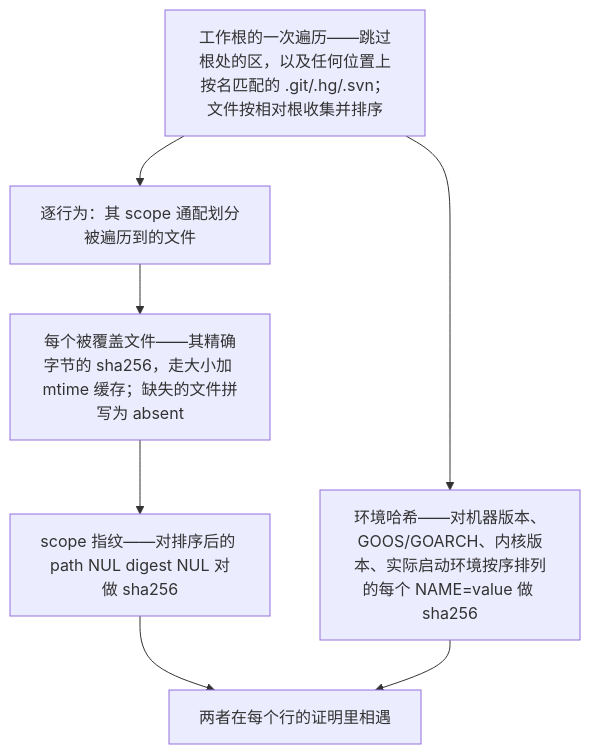
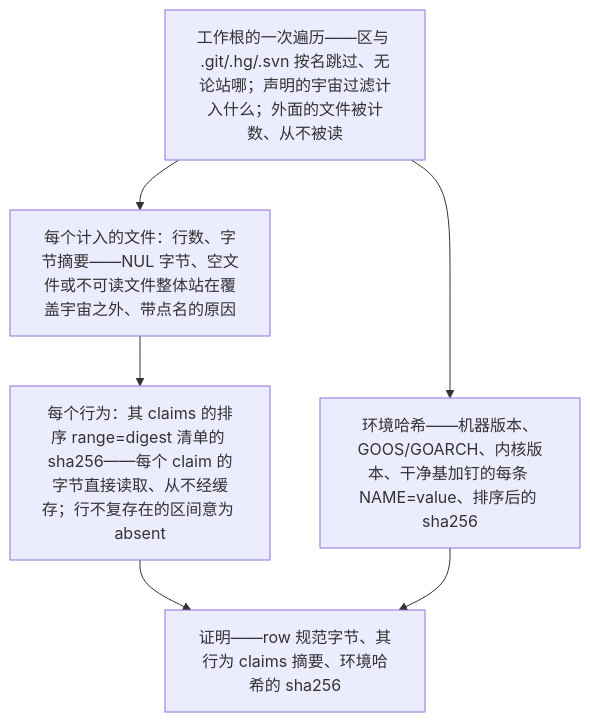
Before and after one commit to neurophant/punchtape: the fifth of 9 diagrams in docs/ARCHITECTURE.zh.md, drawn with Mermaid. The commit also changed other lines of this file and 80 other files, not shown here.

````diff
--- a/docs/ARCHITECTURE.zh.md
+++ b/docs/ARCHITECTURE.zh.md
@@ -248,9 +449,8 @@
 ```mermaid
 flowchart TD
-    W["工作根的一次遍历——跳过根处的区，以及任何位置上按名匹配的 .git/.hg/.svn；文件按相对根收集并排序"] --> SC["逐行为：其 scope 通配划分被遍历到的文件"]
-    SC --> FD["每个被覆盖文件——其精确字节的 sha256，走大小加 mtime 缓存；缺失的文件拼写为 absent"]
-    FD --> SF["scope 指纹——对排序后的 path NUL digest NUL 对做 sha256"]
-    W --> EH["环境哈希——对机器版本、GOOS/GOARCH、内核版本、实际启动环境按序排列的每个 NAME=value 做 sha256"]
-    SF --> PR["两者在每个行的证明里相遇"]
+    W["工作根的一次遍历——区与 .git/.hg/.svn 按名跳过、无论站哪；声明的宇宙过滤计入什么；外面的文件被计数、从不被读"] --> LC["每个计入的文件：行数、字节摘要——NUL 字节、空文件或不可读文件整体站在覆盖宇宙之外、带点名的原因"]
+    LC --> CD["每个行为：其 claims 的排序 range=digest 清单的 sha256——每个 claim 的字节直接读取、从不经缓存；行不复存在的区间意为 absent"]
+    W --> EH["环境哈希——机器版本、GOOS/GOARCH、内核版本、干净基加钉的每条 NAME=value、排序后的 sha256"]
+    CD --> PR["证明——row 规范字节、其行为 claims 摘要、环境哈希的 sha256"]
     EH --> PR
 ```
````
